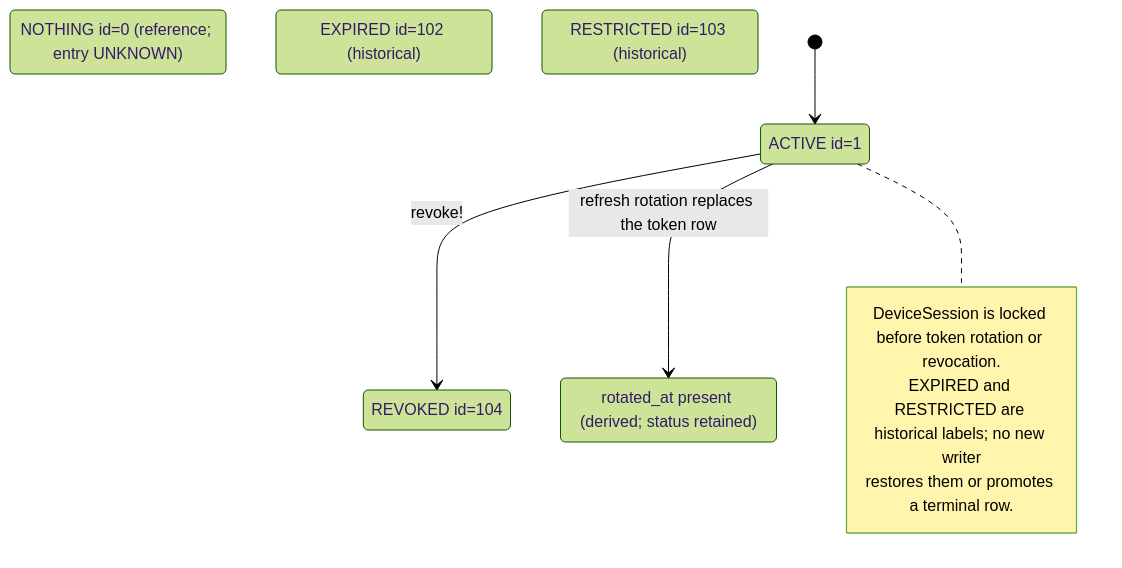
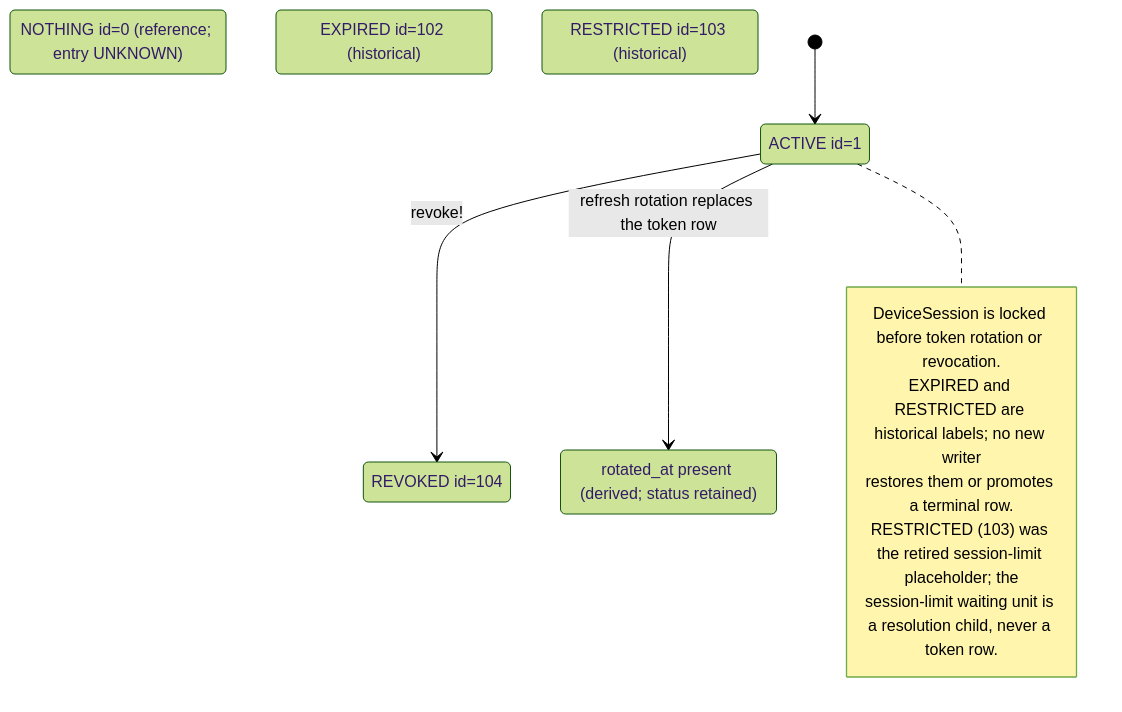
The diagram in docs/mermaid/idp-client-token.mmd (seahal/umaxica-apps-jit-global), drawn with Mermaid (forest theme) before and after one commit. The commit also changed 81 other files, not shown here.

```diff
--- a/docs/mermaid/idp-client-token.mmd
+++ b/docs/mermaid/idp-client-token.mmd
@@ -1,16 +1,18 @@
 stateDiagram-v2
     %% CURRENT implementation; sources and guards in transition inventory.
     state "NOTHING id=0 (reference; entry UNKNOWN)" as NOTHING
     state "ACTIVE id=1" as ACTIVE
     state "EXPIRED id=102 (historical)" as EXPIRED
     state "RESTRICTED id=103 (historical)" as RESTRICTED
     state "REVOKED id=104" as REVOKED
     state "rotated_at present (derived; status retained)" as rotated
     [*] --> ACTIVE
     ACTIVE --> REVOKED: revoke!
     ACTIVE --> rotated: refresh rotation replaces the token row
     note right of ACTIVE
         DeviceSession is locked before token rotation or revocation.
         EXPIRED and RESTRICTED are historical labels; no new writer
         restores them or promotes a terminal row.
+        RESTRICTED (103) was the retired session-limit placeholder; the
+        session-limit waiting unit is a resolution child, never a token row.
     end note
```
